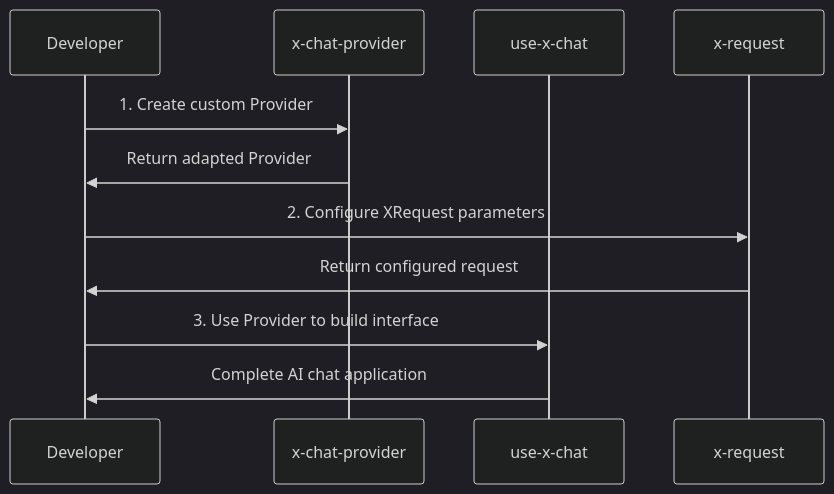
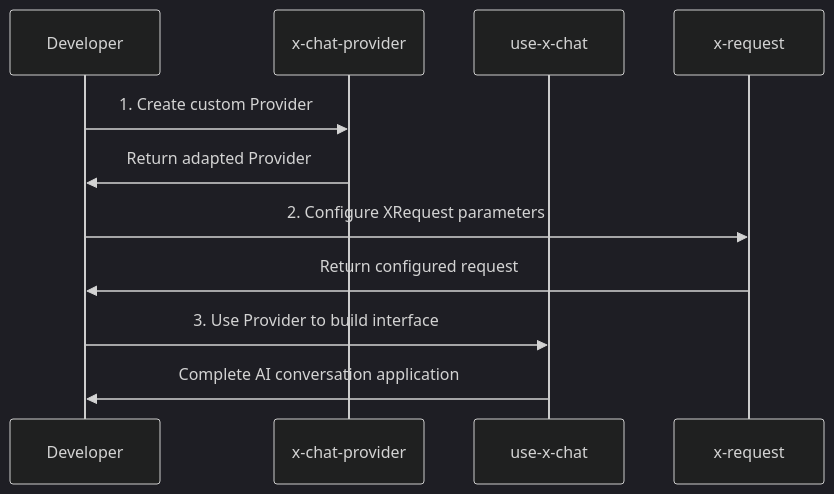
One commit to ant-design/x changed the fifth of 7 diagrams in packages/x-skill/skills/x-chat-provider/SKILL.md. Above: the diagram before and after it, drawn with Mermaid (dark theme). The commit also changed other lines of this file and 11 other files, not shown here.

````diff
--- a/packages/x-skill/skills/x-chat-provider/SKILL.md
+++ b/packages/x-skill/skills/x-chat-provider/SKILL.md
@@ -383,14 +386,14 @@
 ```mermaid
 sequenceDiagram
     participant Dev as Developer
     participant CP as x-chat-provider
     participant UX as use-x-chat
     participant XR as x-request
 
     Dev->>CP: 1. Create custom Provider
     CP->>Dev: Return adapted Provider
     Dev->>XR: 2. Configure XRequest parameters
     XR->>Dev: Return configured request
     Dev->>UX: 3. Use Provider to build interface
-    UX->>Dev: Complete AI chat application
+    UX->>Dev: Complete AI conversation application
 ```
````
